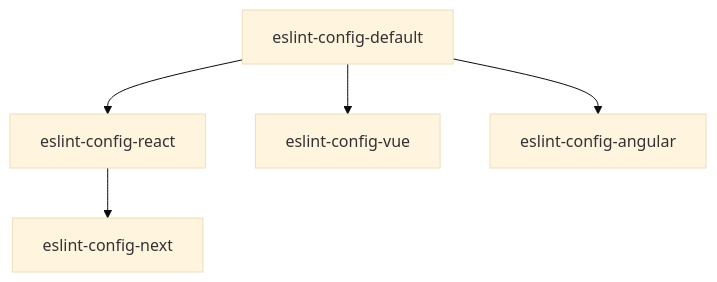
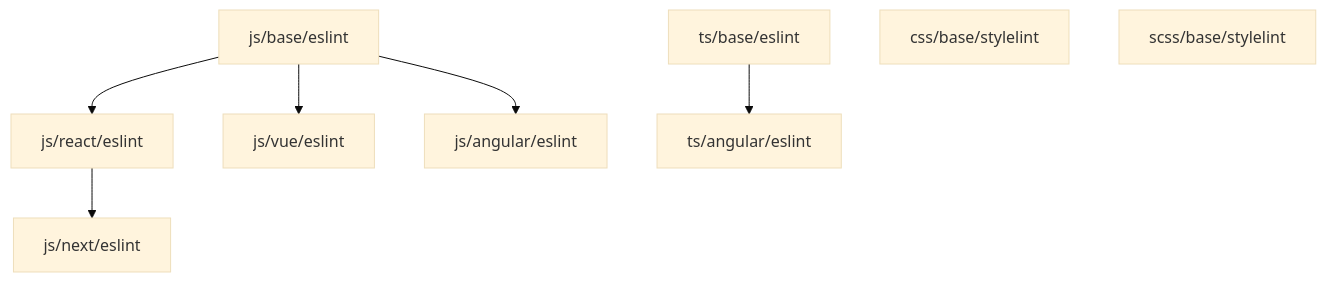
One commit to MAARK/code-config changed the diagram in README.md. Above: the diagram before and after it, drawn with Mermaid. The commit also changed other lines of this file and 14 other files, not shown here.

````diff
--- a/README.md
+++ b/README.md
@@ -46,8 +63,11 @@
 ```mermaid
 %%{init: {'theme':'base'}}%%
 graph TD
-    A[eslint-config-default] --> B[eslint-config-react]
-    A --> eslint-config-vue
-    A --> eslint-config-angular
-    B --> eslint-config-next
+    A[js/base/eslint] --> B[js/react/eslint]
+    A --> js/vue/eslint
+    A --> js/angular/eslint
+    B --> js/next/eslint
+    ts/base/eslint --> ts/angular/eslint
+    css/base/stylelint
+    scss/base/stylelint
 ```
````
